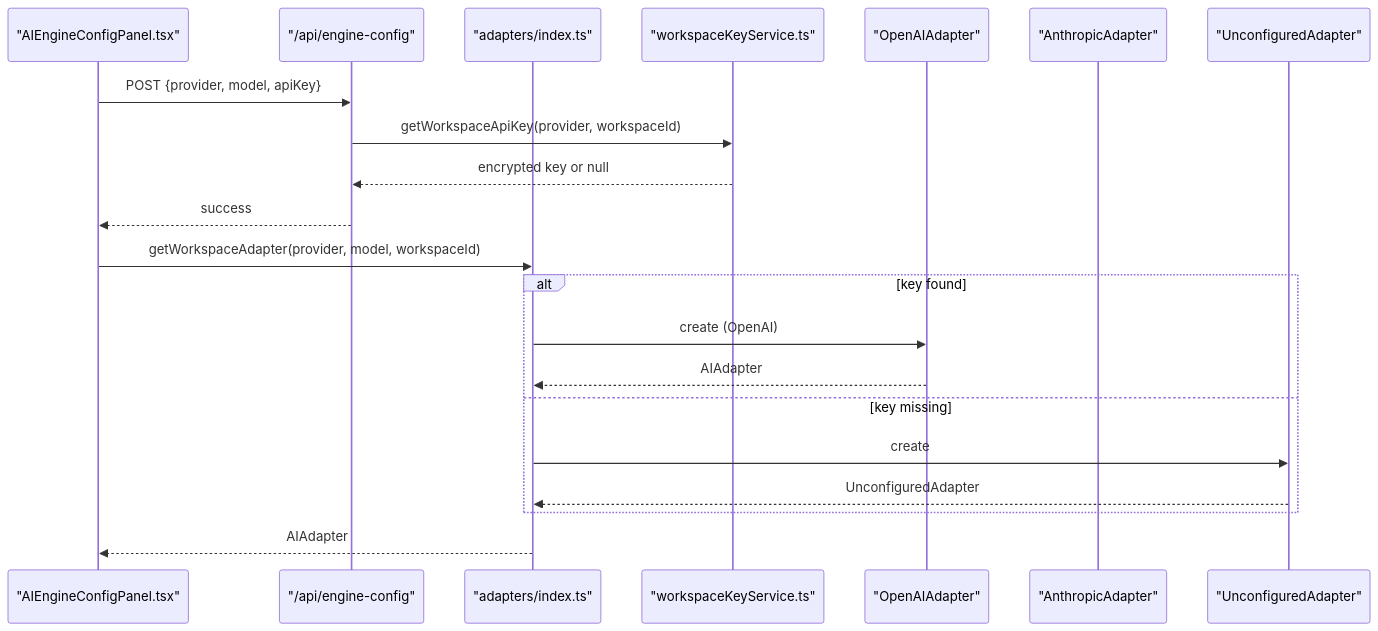
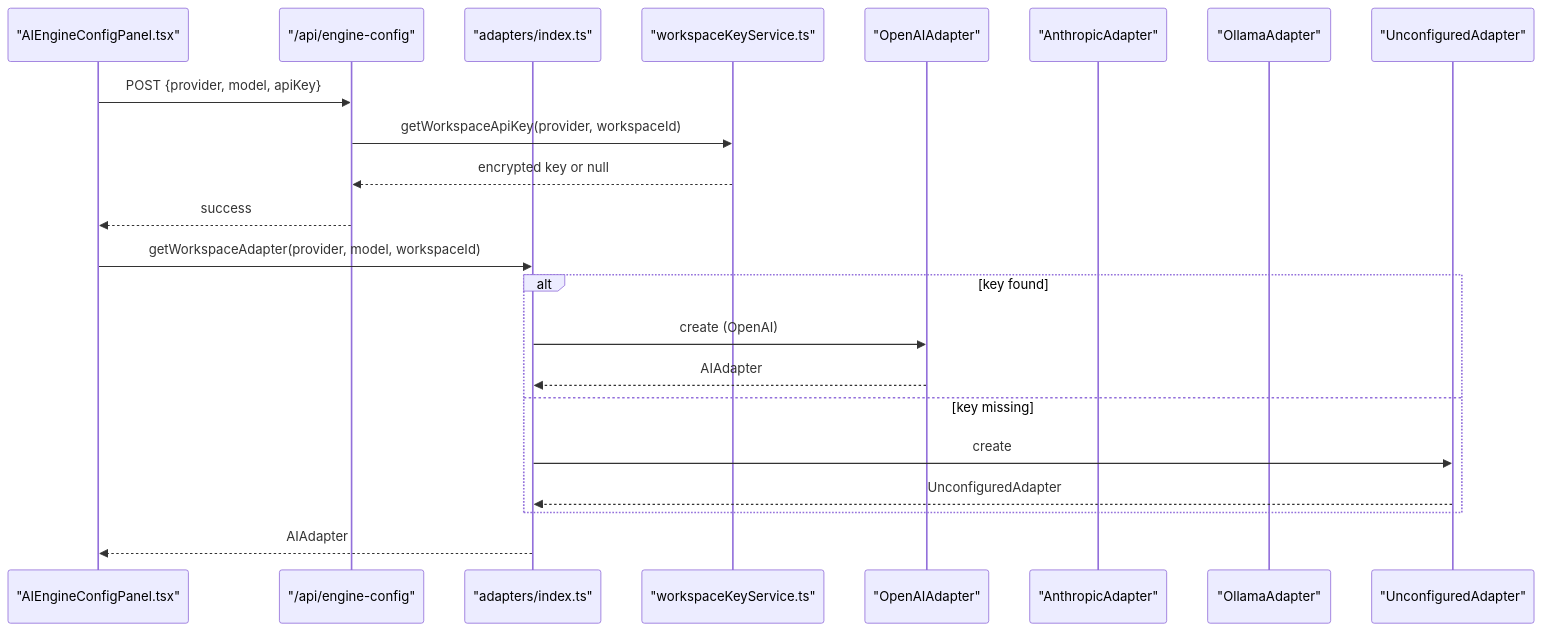
Before and after one commit to shekhargiri005-dotcom/AI-powered-accessibility-first-UI-engine: the sixth of 12 diagrams in .qoder/repowiki/en/content/AI Generation Engine/Model Configuration & Selection/Model Configuration & Selection.md, drawn with Mermaid. The commit also changed other lines of this file and 9 other files, not shown here.

````diff
--- a/.qoder/repowiki/en/content/AI Generation Engine/Model Configuration & Selection/Model Configuration & Selection.md
+++ b/.qoder/repowiki/en/content/AI Generation Engine/Model Configuration & Selection/Model Configuration & Selection.md
@@ -346,23 +353,24 @@
 ```mermaid
 sequenceDiagram
 participant UI as "AIEngineConfigPanel.tsx"
 participant API as "/api/engine-config"
 participant IDX as "adapters/index.ts"
 participant WS as "workspaceKeyService.ts"
 participant OA as "OpenAIAdapter"
 participant AA as "AnthropicAdapter"
+participant OL as "OllamaAdapter"
 participant UA as "UnconfiguredAdapter"
 UI->>API : POST {provider, model, apiKey}
 API->>WS : getWorkspaceApiKey(provider, workspaceId)
 WS-->>API : encrypted key or null
 API-->>UI : success
 UI->>IDX : getWorkspaceAdapter(provider, model, workspaceId)
 alt key found
 IDX->>OA : create (OpenAI)
 OA-->>IDX : AIAdapter
 else key missing
 IDX->>UA : create
 UA-->>IDX : UnconfiguredAdapter
 end
 IDX-->>UI : AIAdapter
 ```
````
